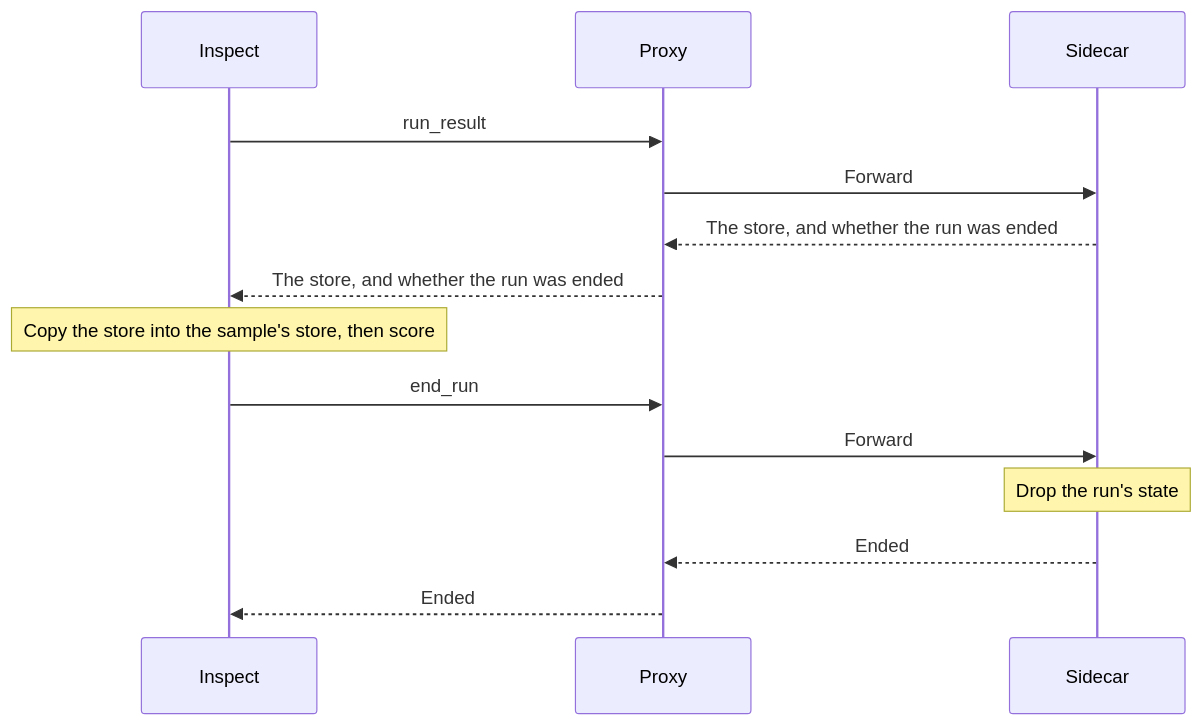
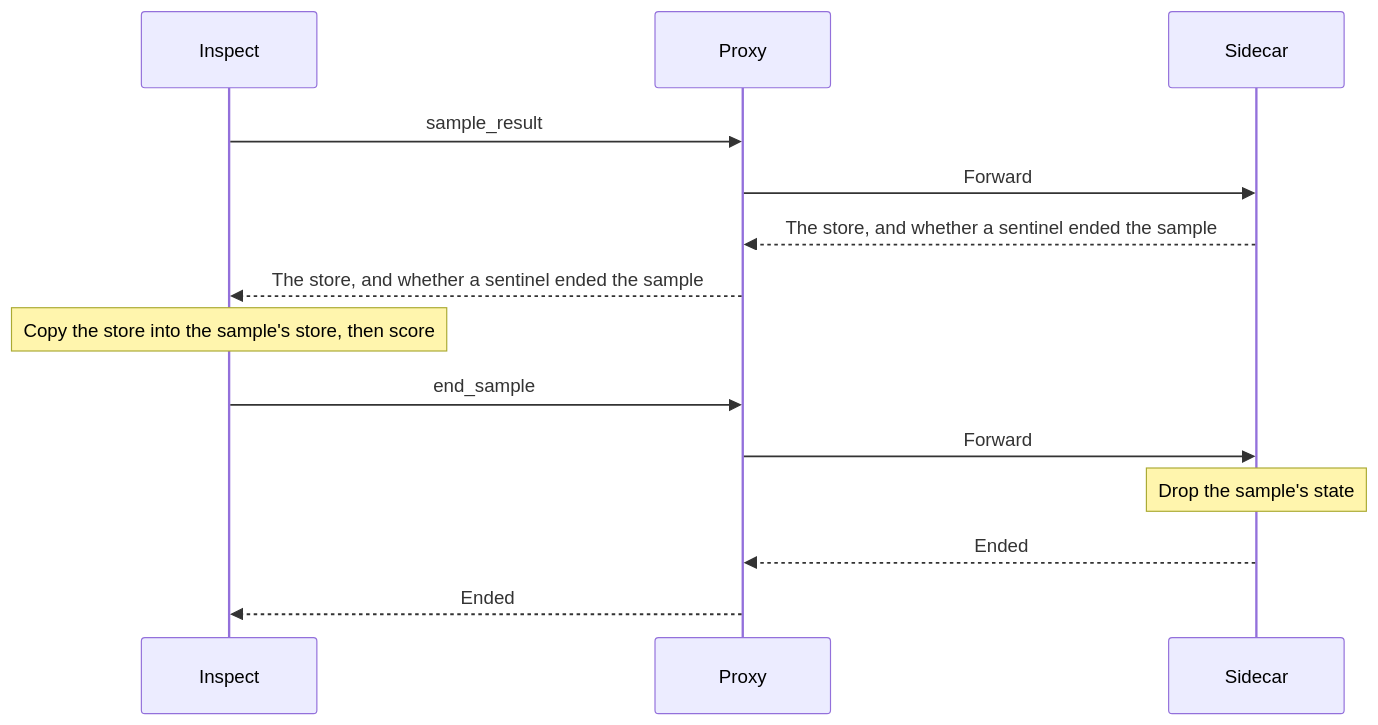
The seventh of 10 diagrams in design/sidecar.md (meridianlabs-ai/inspect_sentinel), drawn with Mermaid before and after one commit. The commit also changed other lines of this file and 7 other files, not shown here.

````diff
--- a/design/sidecar.md
+++ b/design/sidecar.md
@@ -710,16 +712,16 @@
 ```mermaid
 sequenceDiagram
     participant I as Inspect
     participant P as Proxy
     participant S as Sidecar
-    I->>P: run_result
+    I->>P: sample_result
     P->>S: Forward
-    S-->>P: The store, and whether the run was ended
-    P-->>I: The store, and whether the run was ended
+    S-->>P: The store, and whether a sentinel ended the sample
+    P-->>I: The store, and whether a sentinel ended the sample
     Note over I: Copy the store into the sample's store, then score
-    I->>P: end_run
+    I->>P: end_sample
     P->>S: Forward
-    Note over S: Drop the run's state
+    Note over S: Drop the sample's state
     S-->>P: Ended
     P-->>I: Ended
 ```
````
